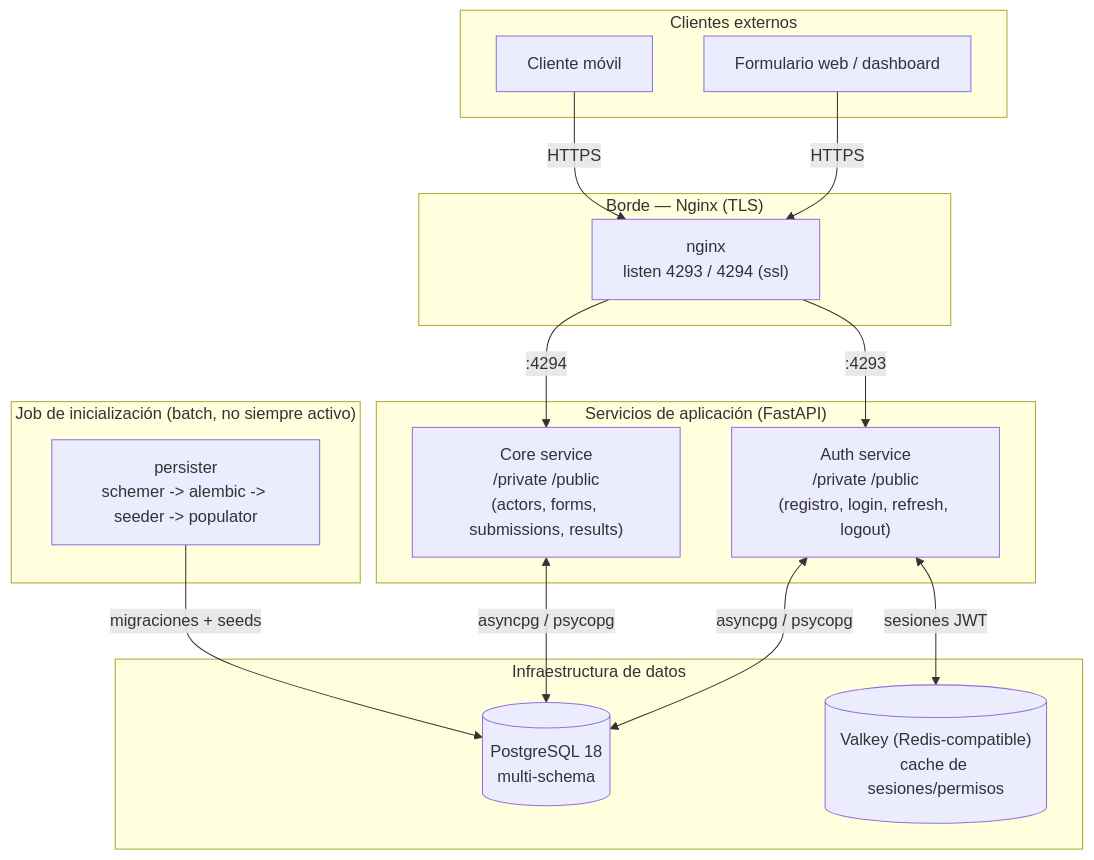
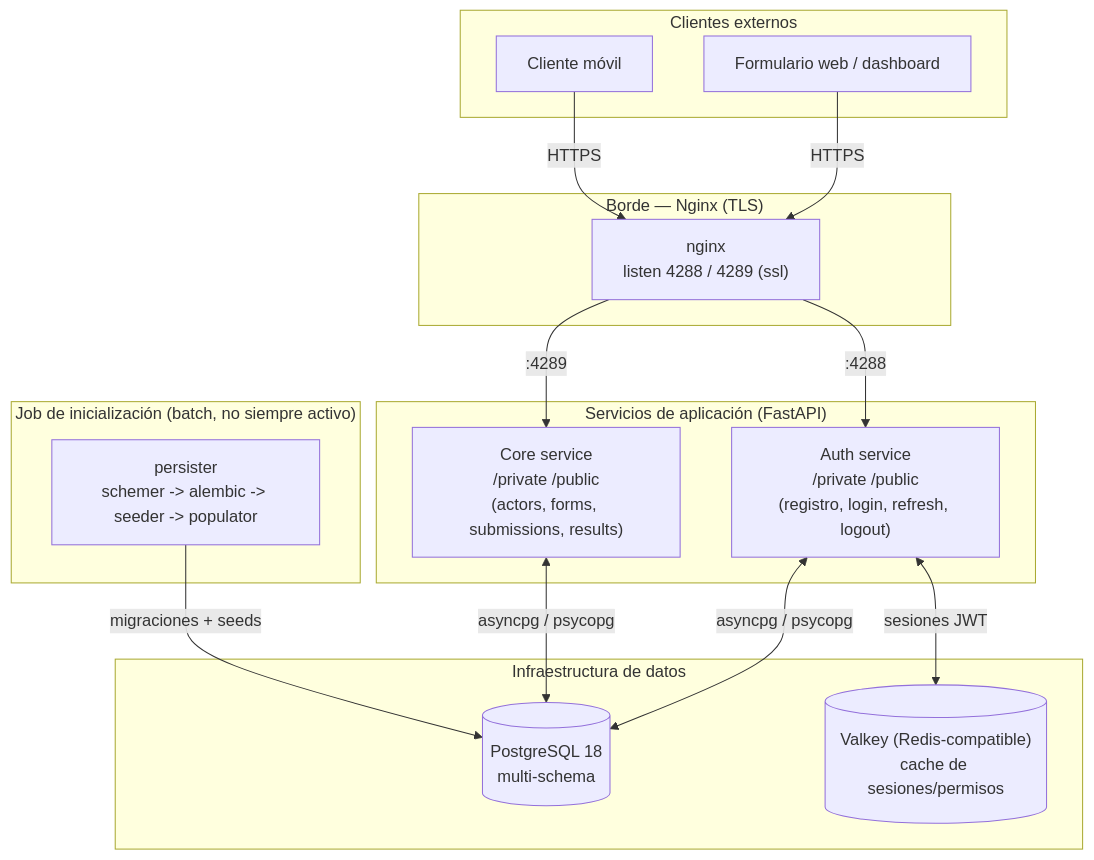
The first of 9 diagrams in Documentación/ARQUITECTURA_BACKEND.md (labcapitalvd/IIP), drawn with Mermaid before and after one commit. The commit also changed other lines of this file and 242 other files, not shown here.

````diff
--- a/Documentación/ARQUITECTURA_BACKEND.md
+++ b/Documentación/ARQUITECTURA_BACKEND.md
@@ -15,36 +15,36 @@
 ```mermaid
 flowchart TB
     subgraph Cliente["Clientes externos"]
         WEB["Formulario web / dashboard"]
         MOB["Cliente móvil"]
     end
 
     subgraph Edge["Borde — Nginx (TLS)"]
-        NGX["nginx\nlisten 4293 / 4294 (ssl)"]
+        NGX["nginx\nlisten 4288 / 4289 (ssl)"]
     end
 
     subgraph Servicios["Servicios de aplicación (FastAPI)"]
         AUTH["Auth service\n/private /public\n(registro, login, refresh, logout)"]
         CORE["Core service\n/private /public\n(actors, forms, submissions, results)"]
     end
 
     subgraph Datos["Infraestructura de datos"]
         PG[("PostgreSQL 18\nmulti-schema")]
         VK[("Valkey (Redis-compatible)\ncache de sesiones/permisos")]
     end
 
     subgraph Batch["Job de inicialización (batch, no siempre activo)"]
         PERSIST["persister\nschemer -> alembic -> seeder -> populator"]
     end
 
     WEB -->|HTTPS| NGX
     MOB -->|HTTPS| NGX
-    NGX -->|":4293"| AUTH
-    NGX -->|":4294"| CORE
+    NGX -->|":4288"| AUTH
+    NGX -->|":4289"| CORE
 
     AUTH <-->|asyncpg / psycopg| PG
     CORE <-->|asyncpg / psycopg| PG
     AUTH <-->|sesiones JWT| VK
 
     PERSIST -->|migraciones + seeds| PG
 ```
````
